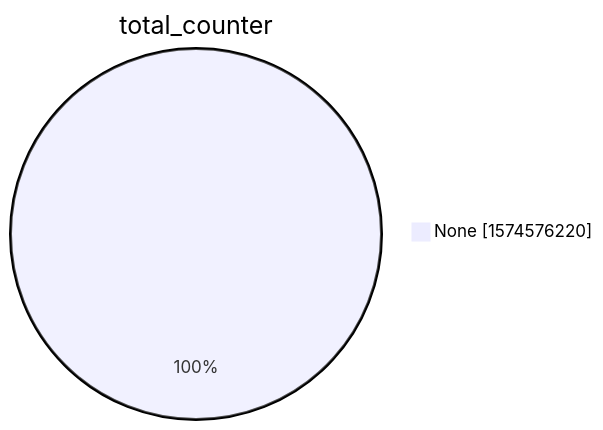
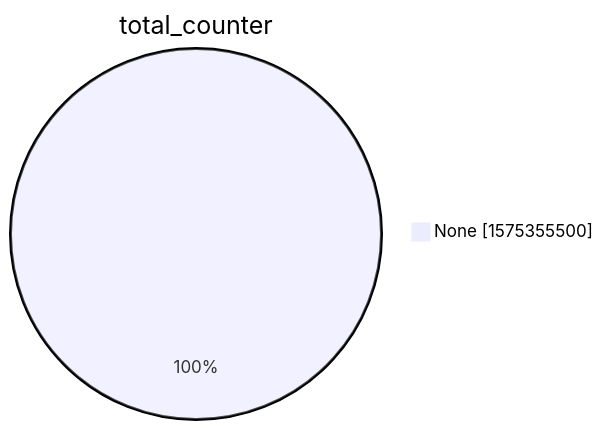
Before and after one commit to christiankrug/ctmonitor_visualization: the second of 15 diagrams in xenon2022/README.md, drawn with Mermaid. The commit also changed other lines of this file, not shown here.

````diff
--- a/xenon2022/README.md
+++ b/xenon2022/README.md
@@ -9,5 +9,5 @@
 ```mermaid
 pie showData
 title total_counter
-"None" :1574576220
+"None" :1575355500
 ```
````
